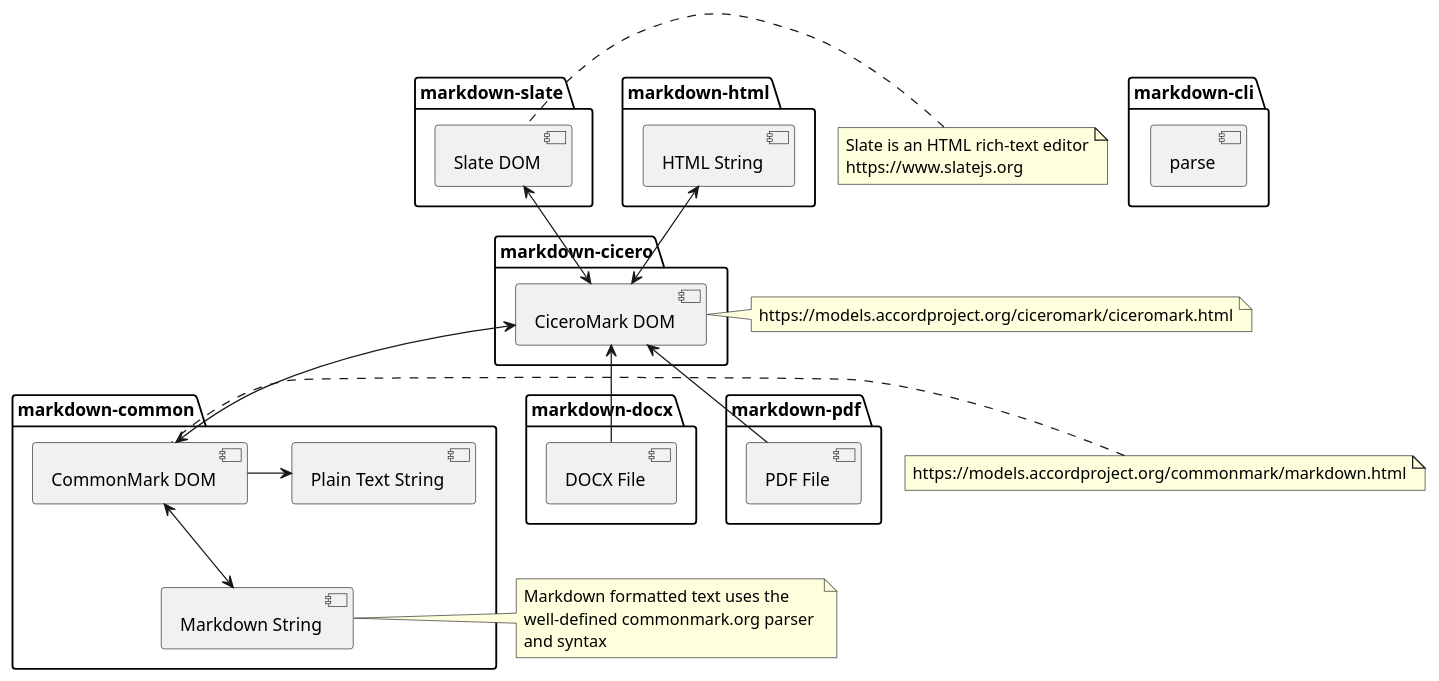
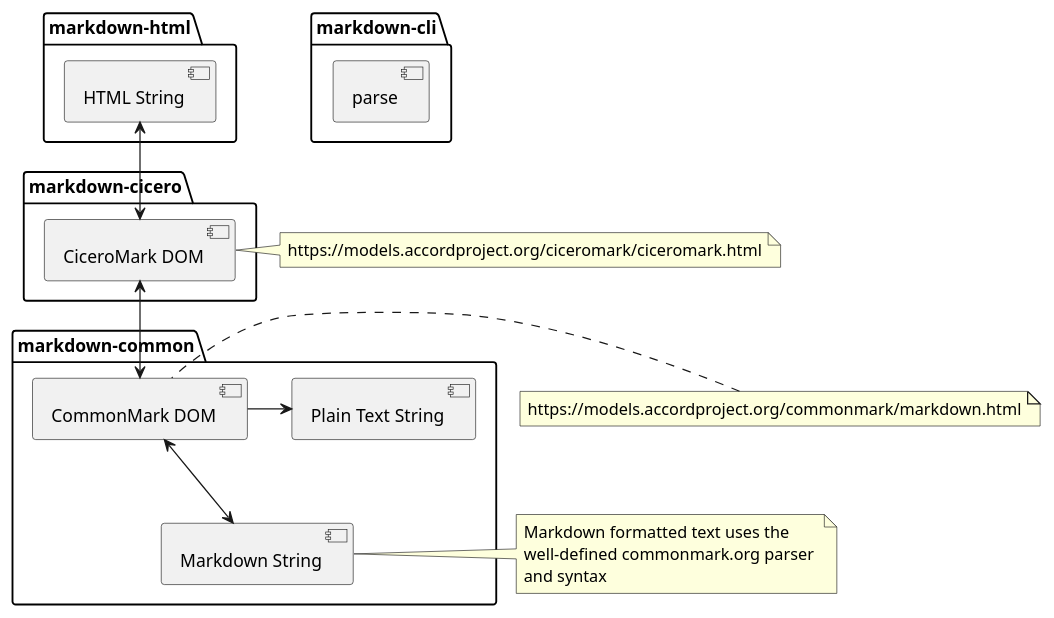
The diagram in architecture.puml (accordproject/markdown-transform), drawn with PlantUML before and after one commit. The commit also changed 198 other files, not shown here.

First line of the commit message:
BREAKING CHANGE(*): remove markdown-pdf, docx & slate packages (#632)

```diff
--- a/architecture.puml
+++ b/architecture.puml
@@ -1,49 +1,33 @@
 @startuml
 package "markdown-cli" {
   [parse]
 }
 
 package "markdown-common" {
   [Markdown String] <-up-> [CommonMark DOM]
   [CommonMark DOM] -right-> [Plain Text String] 
 }
 
 note left of [CommonMark DOM]
   https://models.accordproject.org/commonmark/markdown.html
 end note
 
 note right of [Markdown String]
   Markdown formatted text uses the 
   well-defined commonmark.org parser 
   and syntax
 end note
 
 package "markdown-cicero" {
   [CommonMark DOM] <-up-> [CiceroMark DOM]
 }
 
 note left of [CiceroMark DOM]
   https://models.accordproject.org/ciceromark/ciceromark.html
 end note
 
-package "markdown-slate" {
-  [CiceroMark DOM] <-up-> [Slate DOM]
-}
-
-note left of [Slate DOM]
-  Slate is an HTML rich-text editor
-  https://www.slatejs.org
-end note
-
 package "markdown-html" {
   [CiceroMark DOM] <-up-> [HTML String]
 }
 
-package "markdown-docx" {
-  [CiceroMark DOM] <-- [DOCX File]
-}
-
-package "markdown-pdf" {
-  [CiceroMark DOM] <-- [PDF File]
-}
 @enduml
```
